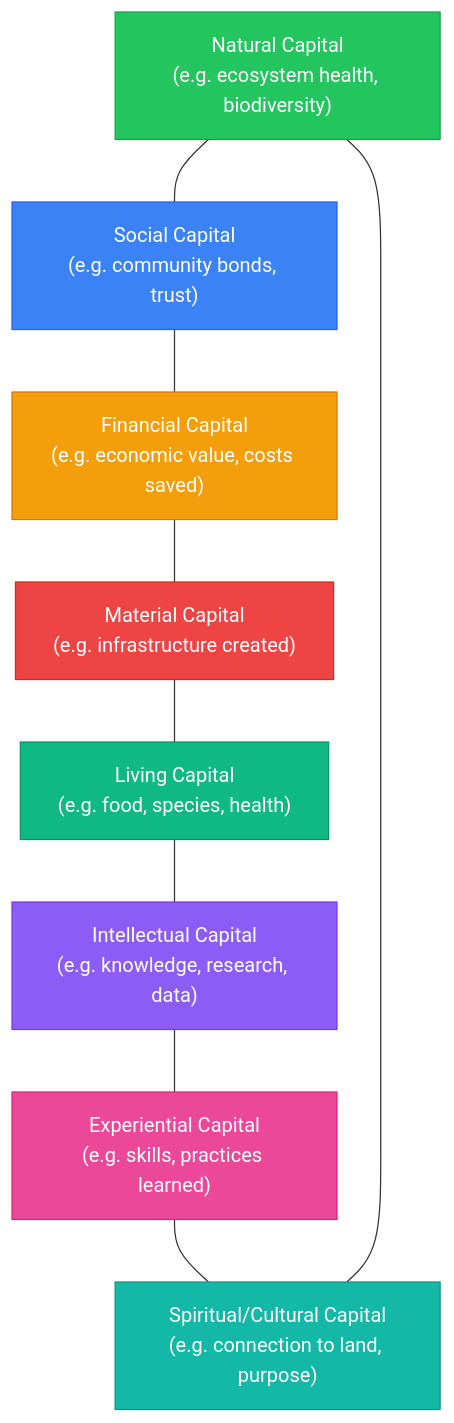
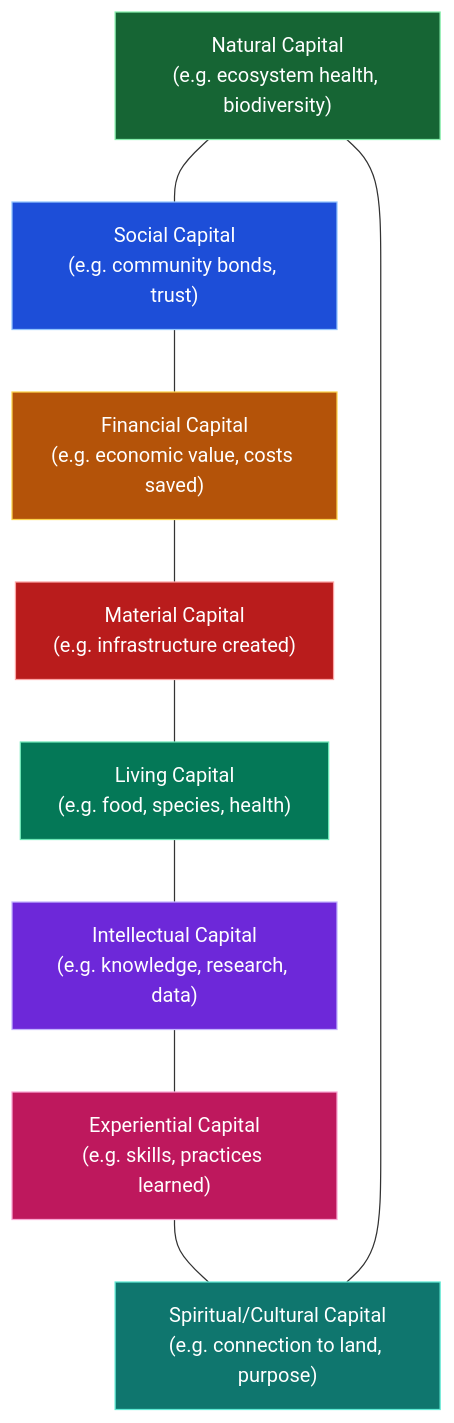
The diagram in docs/docs/community/why-we-build.mdx (greenpill-dev-guild/green-goods), drawn with Mermaid before and after one commit. The commit also changed other lines of this file and 20 other files, not shown here.

First line of the commit message:
docs: readable diagrams in dark mode, parseable lifecycles, copyable commands

````diff
--- a/docs/docs/community/why-we-build.mdx
+++ b/docs/docs/community/why-we-build.mdx
@@ -152,20 +152,28 @@
 ```mermaid
 graph TD
     N["Natural Capital<br/>(e.g. ecosystem health, biodiversity)"] --- S["Social Capital<br/>(e.g. community bonds, trust)"]
     S --- F["Financial Capital<br/>(e.g. economic value, costs saved)"]
     F --- M["Material Capital<br/>(e.g. infrastructure created)"]
     M --- L["Living Capital<br/>(e.g. food, species, health)"]
     L --- I["Intellectual Capital<br/>(e.g. knowledge, research, data)"]
     I --- E["Experiential Capital<br/>(e.g. skills, practices learned)"]
     E --- SC["Spiritual/Cultural Capital<br/>(e.g. connection to land, purpose)"]
     SC --- N
 
-    style N fill:#22c55e,stroke:#16a34a,color:#fff
-    style S fill:#3b82f6,stroke:#2563eb,color:#fff
-    style F fill:#f59e0b,stroke:#d97706,color:#fff
-    style M fill:#ef4444,stroke:#dc2626,color:#fff
-    style L fill:#10b981,stroke:#059669,color:#fff
-    style I fill:#8b5cf6,stroke:#7c3aed,color:#fff
-    style E fill:#ec4899,stroke:#db2777,color:#fff
-    style SC fill:#14b8a6,stroke:#0d9488,color:#fff
+    classDef natural fill:#166534,stroke:#86efac,color:#ffffff
+    classDef social fill:#1d4ed8,stroke:#93c5fd,color:#ffffff
+    classDef financial fill:#b45309,stroke:#fcd34d,color:#ffffff
+    classDef material fill:#b91c1c,stroke:#fca5a5,color:#ffffff
+    classDef living fill:#047857,stroke:#6ee7b7,color:#ffffff
+    classDef intellectual fill:#6d28d9,stroke:#c4b5fd,color:#ffffff
+    classDef experiential fill:#be185d,stroke:#f9a8d4,color:#ffffff
+    classDef cultural fill:#0f766e,stroke:#5eead4,color:#ffffff
+    class N natural
+    class S social
+    class F financial
+    class M material
+    class L living
+    class I intellectual
+    class E experiential
+    class SC cultural
 ```
````
